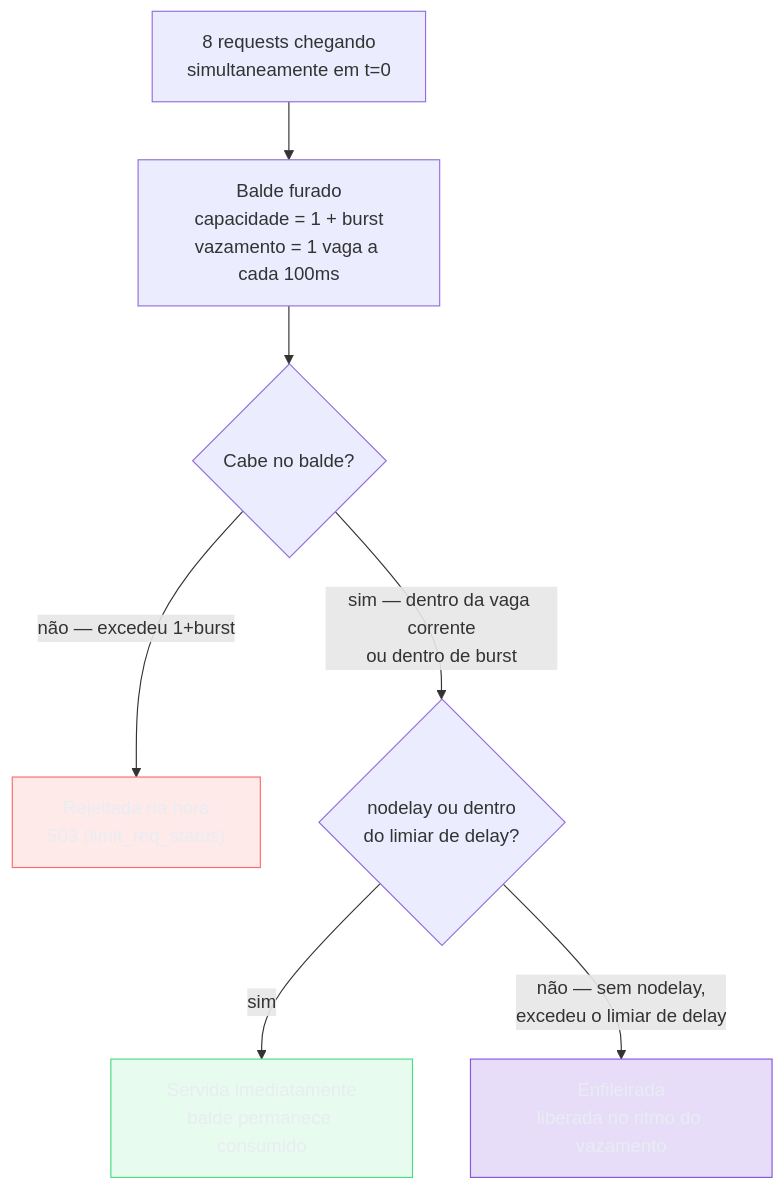
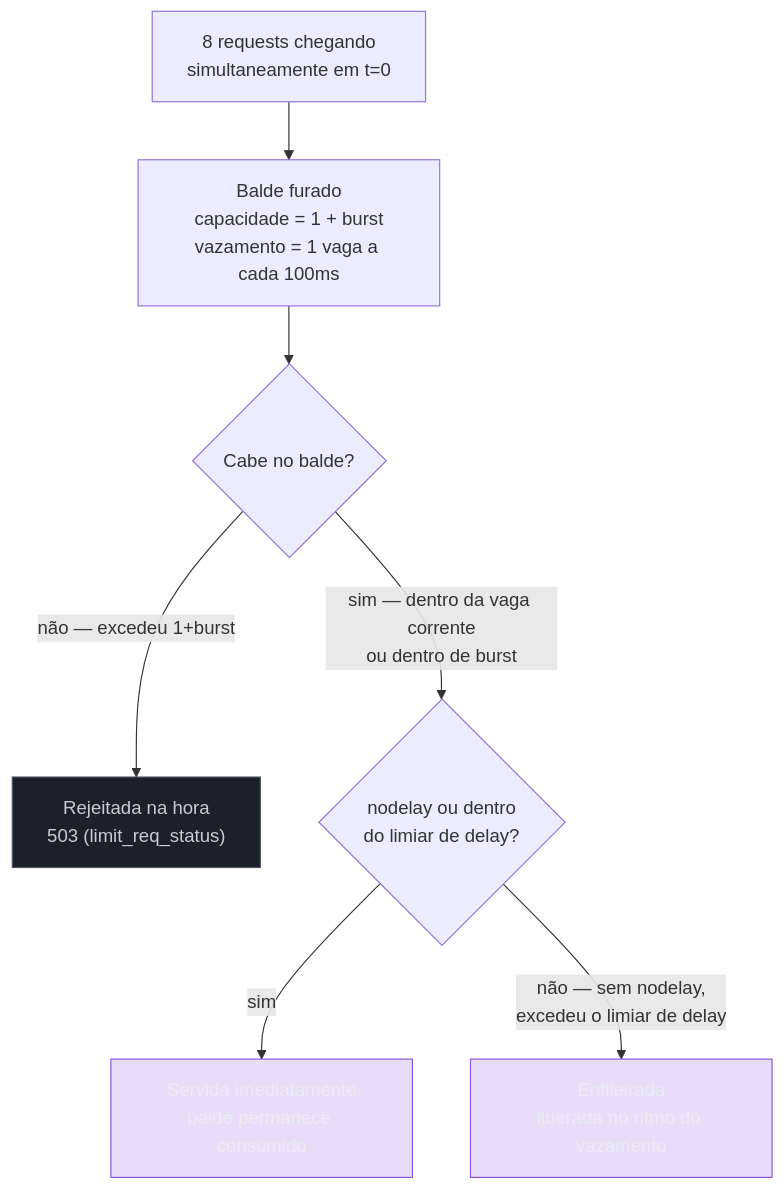
The first of 2 diagrams in 03-Dominios/Tecnologia/Infraestrutura/Nginx/11 - Limitar e comprimir.md (josenaldo/codex-technomanticus), drawn with Mermaid before and after one commit. The commit also changed other lines of this file and 601 other files, not shown here.

````diff
--- a/03-Dominios/Tecnologia/Infraestrutura/Nginx/11 - Limitar e comprimir.md
+++ b/03-Dominios/Tecnologia/Infraestrutura/Nginx/11 - Limitar e comprimir.md
@@ -55,16 +55,15 @@
 ```mermaid
 graph TB
-    classDef falha fill:#FF6B6B24,stroke:#FF6B6B,color:#E9ECF2
-    classDef ok fill:#4ADE8021,stroke:#4ADE80,color:#E9ECF2
+    classDef neutro fill:#1B2029,stroke:#4E5666,color:#C6CCD8
     classDef marca fill:#8855DF33,stroke:#8855DF,color:#E9ECF2
     R["8 requests chegando<br/>simultaneamente em t=0"] --> B["Balde furado<br/>capacidade = 1 + burst<br/>vazamento = 1 vaga a cada 100ms"]
     B --> D1{"Cabe no balde?"}
     D1 -->|"não — excedeu 1+burst"| Rej["Rejeitada na hora<br/>503 (limit_req_status)"]
     D1 -->|"sim — dentro da vaga corrente<br/>ou dentro de burst"| D2{"nodelay ou dentro<br/>do limiar de delay?"}
     D2 -->|"sim"| Imed["Servida imediatamente<br/>balde permanece consumido"]
     D2 -->|"não — sem nodelay,<br/>excedeu o limiar de delay"| Fila["Enfileirada<br/>liberada no ritmo do vazamento"]
 
-    class Rej falha
-    class Imed ok
+    class Rej neutro
+    class Imed marca
     class Fila marca
 ```
````
